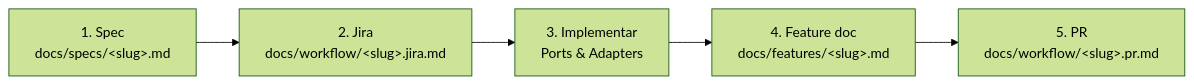
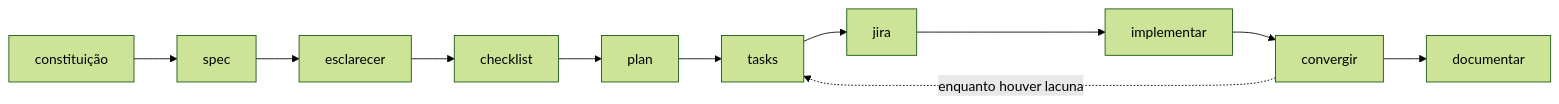
One commit to GBShadow/svelte-app-clean-arch changed the diagram in docs/spec-driven-development.md. Above: the diagram before and after it, drawn with Mermaid (forest theme). The commit also changed other lines of this file and 33 other files, not shown here.

Commit message:
feat(docs): pipeline spec-driven em 7 fases com plan/tasks/checklist, convergencia e fluxo de bug

````diff
--- a/docs/spec-driven-development.md
+++ b/docs/spec-driven-development.md
@@ -16,7 +19,13 @@
 ```mermaid
 flowchart LR
-  A["1. Spec\ndocs/specs/&lt;slug&gt;.md"] --> B["2. Jira\ndocs/workflow/&lt;slug&gt;.jira.md"]
-  B --> C["3. Implementar\nPorts & Adapters"]
-  C --> D["4. Feature doc\ndocs/features/&lt;slug&gt;.md"]
-  D --> E["5. PR\ndocs/workflow/&lt;slug&gt;.pr.md"]
+  A["constituição"] --> B["spec"]
+  B --> C["esclarecer"]
+  C --> D["checklist"]
+  D --> E["plan"]
+  E --> F["tasks"]
+  F --> G["jira"]
+  G --> H["implementar"]
+  H --> I["convergir"]
+  I --> J["documentar"]
+  I -. "enquanto houver lacuna" .-> F
 ```
````
